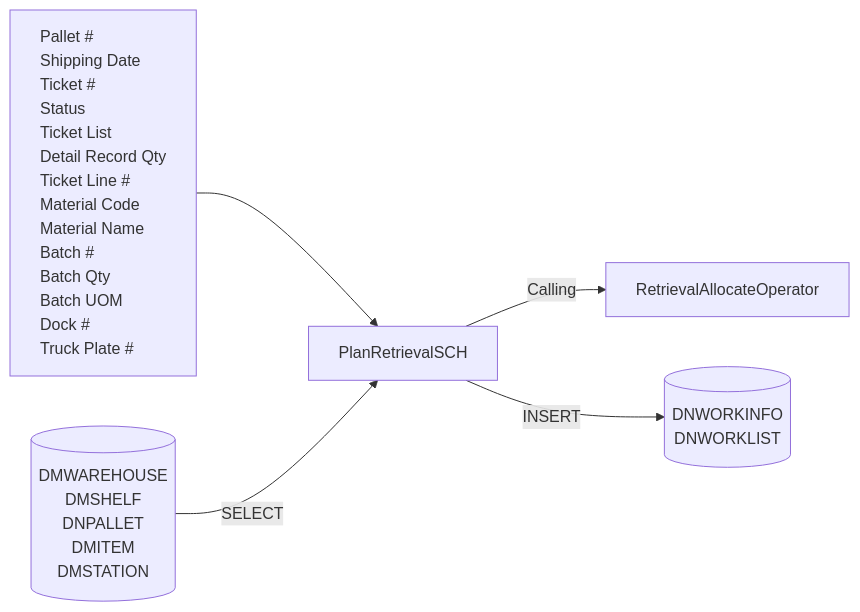
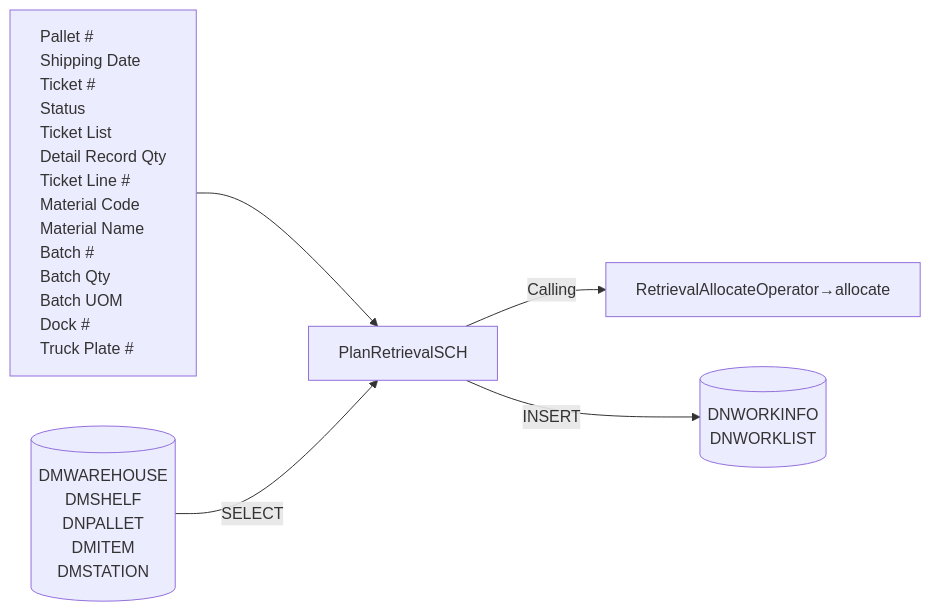
One commit to luthfiadityaa/SimeDarby-Wiki changed the third of 11 diagrams in Basic-Design/DFD-WMS/Retrieval/Planned-Retrieval-to-HP-Area.md. Above: the diagram before and after it, drawn with Mermaid.

Commit message:
Updated Planned Retrieval to HP Area

```diff
--- a/Basic-Design/DFD-WMS/Retrieval/Planned-Retrieval-to-HP-Area.md
+++ b/Basic-Design/DFD-WMS/Retrieval/Planned-Retrieval-to-HP-Area.md
@@ -116,41 +116,41 @@
 ::: mermaid
 flowchart LR
     input[
         Pallet #
         Shipping Date
         Ticket #
         Status
         Ticket List
         Detail Record Qty
         Ticket Line #
         Material Code
         Material Name
         Batch #
         Batch Qty
         Batch UOM
         Dock #
         Truck Plate #    
     ]
 
     tableList-insert[("
         DNWORKINFO
         DNWORKLIST
     ")]
 
      tableList-select[("
         DMWAREHOUSE
         DMSHELF
         DNPALLET
         DMITEM
         DMSTATION
     ")]
 
     className[PlanRetrievalSCH]
-    className--> |Calling| methodName[RetrievalAllocateOperator]
+    className--> |Calling| methodName[RetrievalAllocateOperator→allocate]
 
     input --> className --> |INSERT| tableList-insert
     tableList-select --> |SELECT| className
 
     classDef leftAlign text-align:left;
     class input leftAlign;
 :::
```
